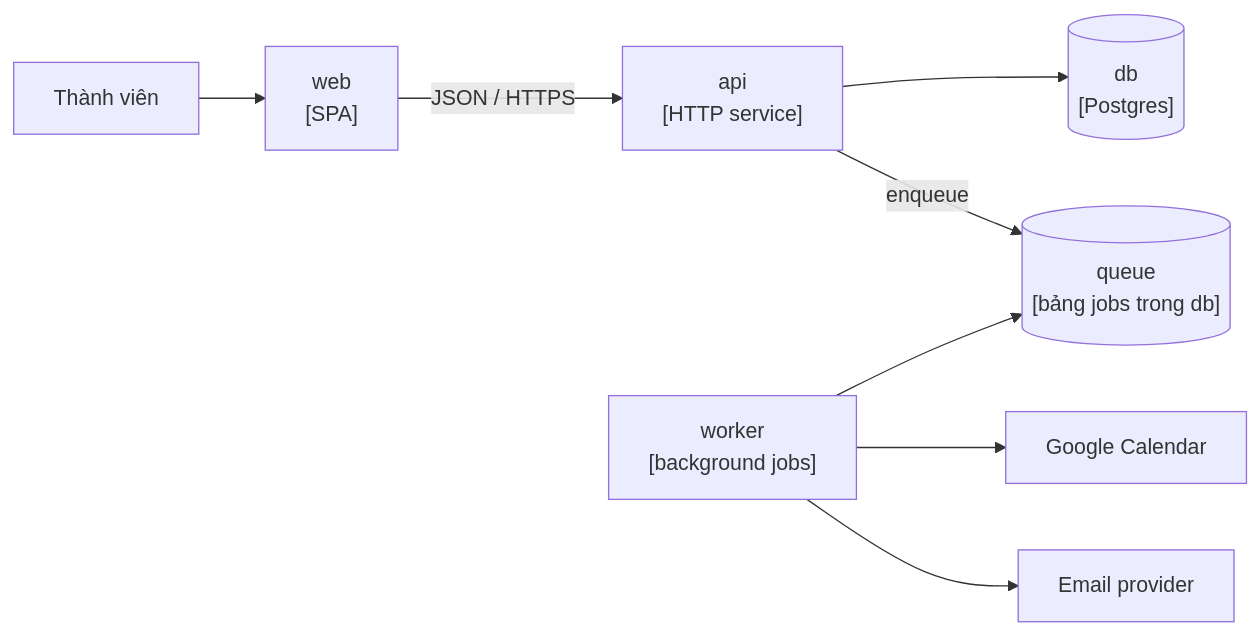
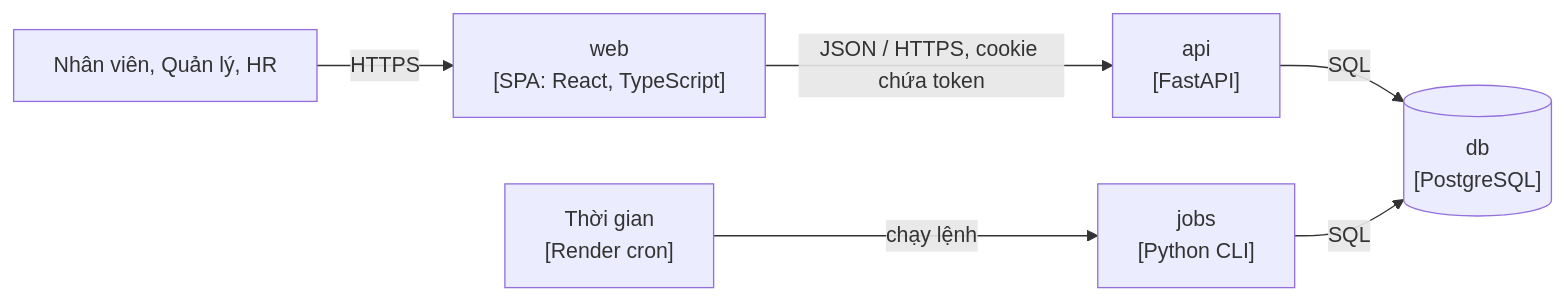
Before and after one commit to pbaodev/hr-manager: the second of 2 diagrams in ARCHITECTURE.md, drawn with Mermaid. The commit also changed other lines of this file, not shown here.

Commit message:
docs(architecture): viết Context, Container, driver, cross-cutting và threats (#26)

````diff
--- a/ARCHITECTURE.md
+++ b/ARCHITECTURE.md
@@ -44,10 +53,8 @@
 ```mermaid
 flowchart LR
-  member["Thành viên"] --> web["web<br/>[SPA]"]
-  web -->|"JSON / HTTPS"| api["api<br/>[HTTP service]"]
-  api --> db[("db<br/>[Postgres]")]
-  api -->|"enqueue"| queue[("queue<br/>[bảng jobs trong db]")]
-  worker["worker<br/>[background jobs]"] --> queue
-  worker --> gcal["Google Calendar"]
-  worker --> mail["Email provider"]
+  user["Nhân viên, Quản lý, HR"] -->|"HTTPS"| web["web<br/>[SPA: React, TypeScript]"]
+  web -->|"JSON / HTTPS, cookie chứa token"| api["api<br/>[FastAPI]"]
+  api -->|"SQL"| db[("db<br/>[PostgreSQL]")]
+  cron["Thời gian<br/>[Render cron]"] -->|"chạy lệnh"| jobs["jobs<br/>[Python CLI]"]
+  jobs -->|"SQL"| db
 ```
````
